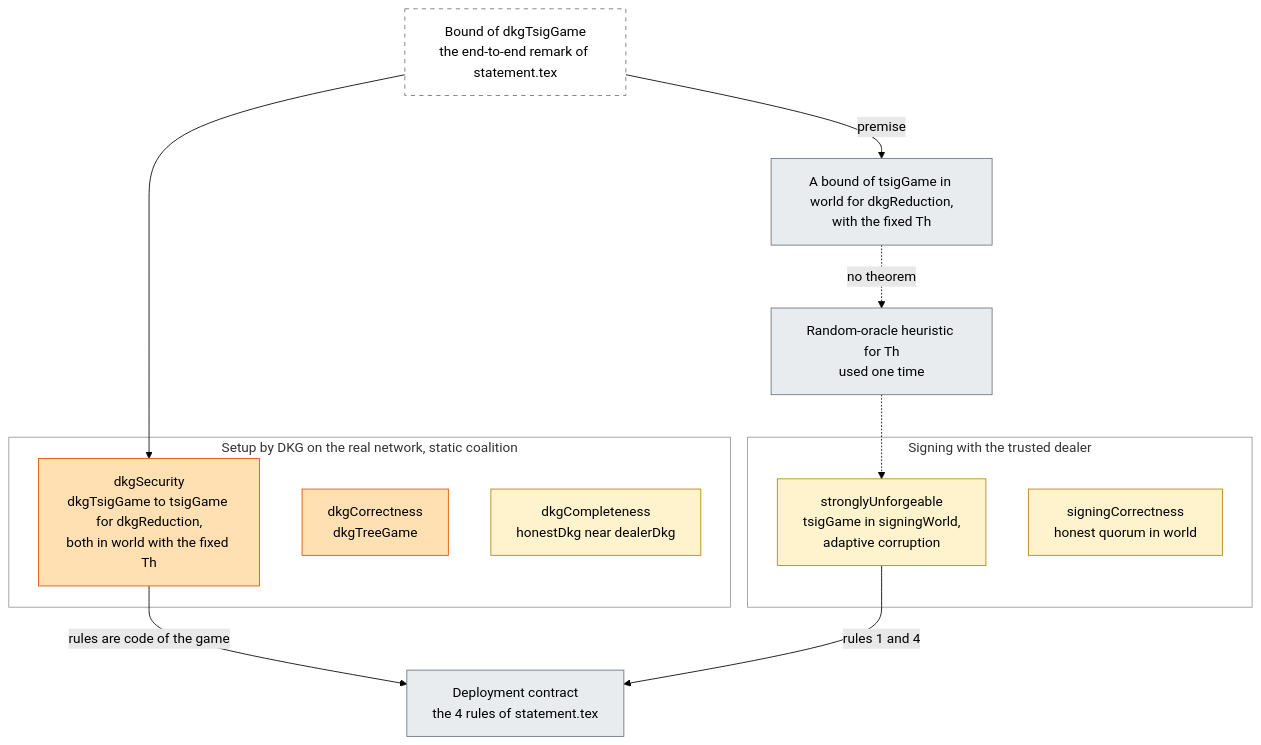
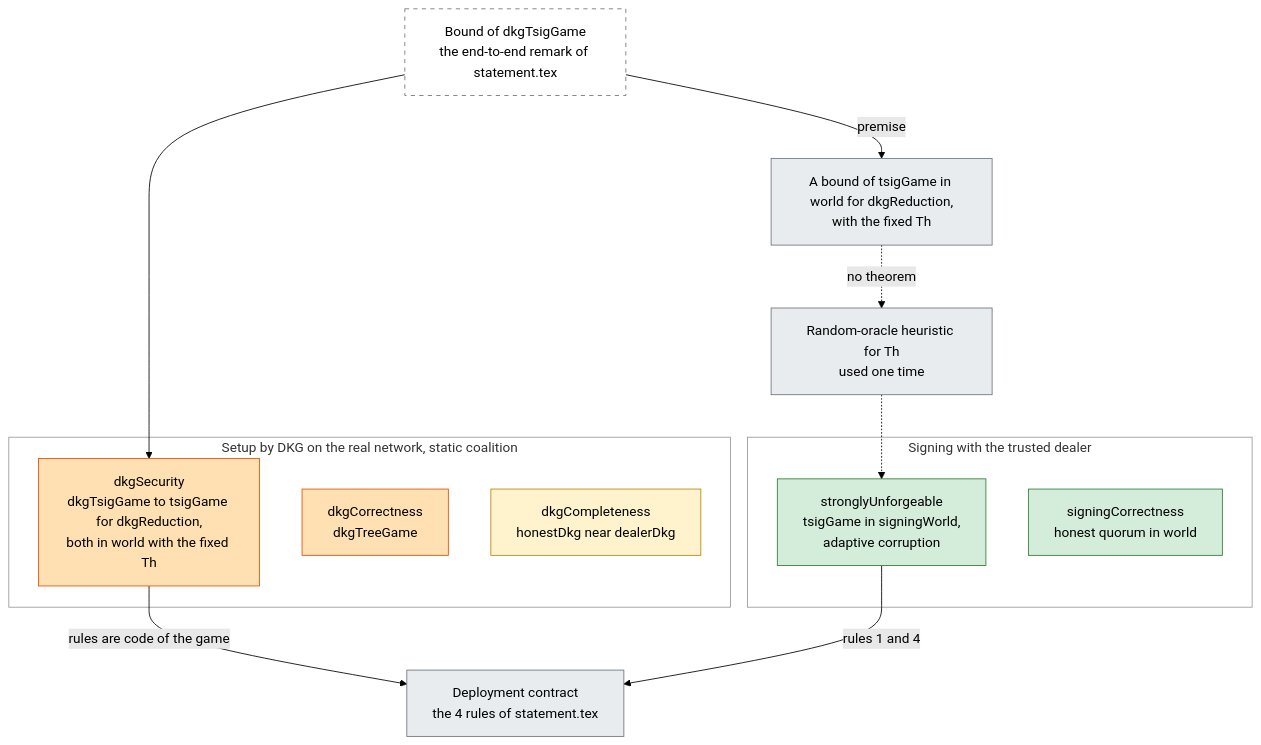
Before and after one commit to han0110/threshold-lean-xmss: the diagram in formal/README.md, drawn with Mermaid (forest theme). The commit also changed other lines of this file and 187 other files, not shown here.

````diff
--- a/formal/README.md
+++ b/formal/README.md
@@ -25,33 +25,34 @@
 ```mermaid
 flowchart TB
+  classDef proved fill:#d4edda,stroke:#2e7d32,color:#000
   classDef derived fill:#fff3cd,stroke:#b8860b,color:#000
   classDef target fill:#ffe0b2,stroke:#e65100,color:#000
   classDef assumed fill:#e9ecef,stroke:#6c757d,color:#000
   classDef remark fill:#ffffff,stroke:#6c757d,stroke-dasharray:5 5,color:#000
 
   subgraph SIG["Signing with the trusted dealer"]
-    SUF["stronglyUnforgeable<br/>tsigGame in signingWorld,<br/>adaptive corruption"]:::derived
-    SCOR["signingCorrectness<br/>honest quorum in world"]:::derived
+    SUF["stronglyUnforgeable<br/>tsigGame in signingWorld,<br/>adaptive corruption"]:::proved
+    SCOR["signingCorrectness<br/>honest quorum in world"]:::proved
   end
 
   subgraph DKG["Setup by DKG on the real network, static coalition"]
     DSEC["dkgSecurity<br/>dkgTsigGame to tsigGame for dkgReduction,<br/>both in world with the fixed Th"]:::target
     DCOR["dkgCorrectness<br/>dkgTreeGame"]:::target
     DCOMP["dkgCompleteness<br/>honestDkg near dealerDkg"]:::derived
   end
 
   E2E["Bound of dkgTsigGame<br/>the end-to-end remark of statement.tex"]:::remark
   DELTA["A bound of tsigGame in world for dkgReduction,<br/>with the fixed Th"]:::assumed
   HEUR["Random-oracle heuristic for Th<br/>used one time"]:::assumed
   RULES["Deployment contract<br/>the 4 rules of statement.tex"]:::assumed
 
   style SIG fill:none,stroke:#999999
   style DKG fill:none,stroke:#999999
 
   E2E --> DSEC
   E2E -->|premise| DELTA
   DELTA -.->|no theorem| HEUR
   HEUR -.-> SUF
   DSEC -->|rules are code of the game| RULES
   SUF -->|rules 1 and 4| RULES
 ```
````
